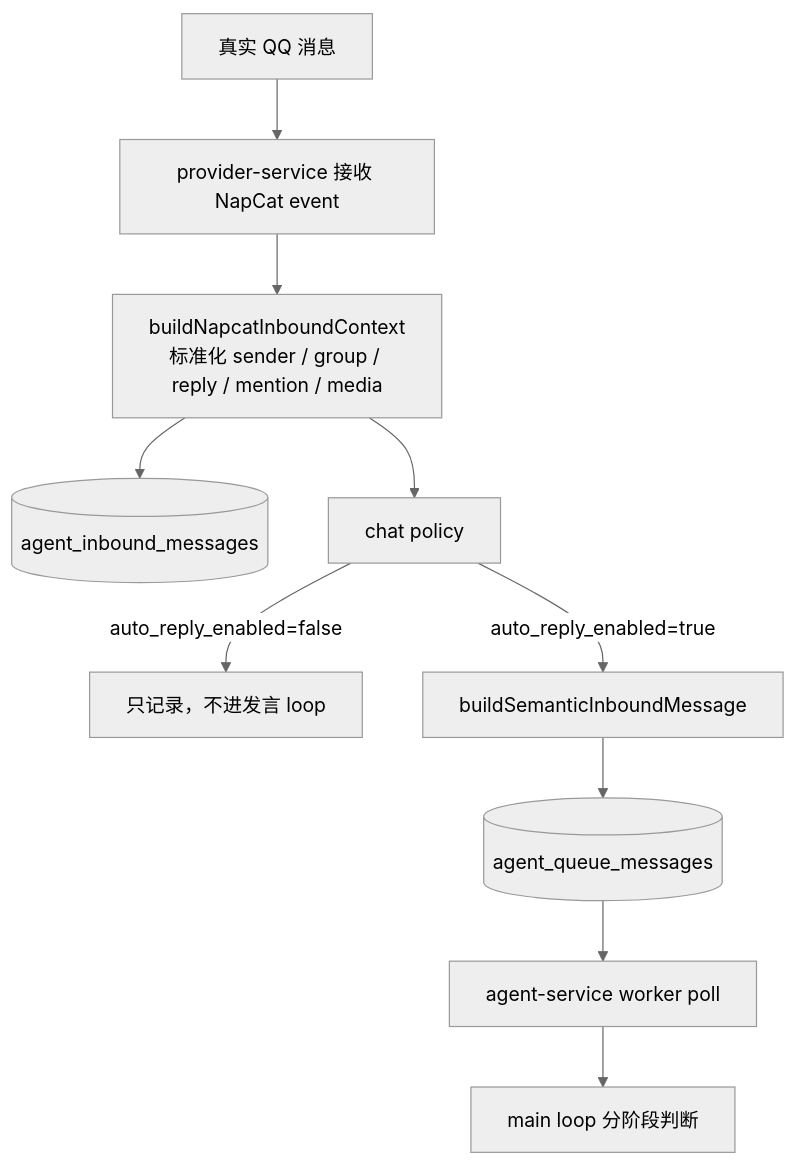
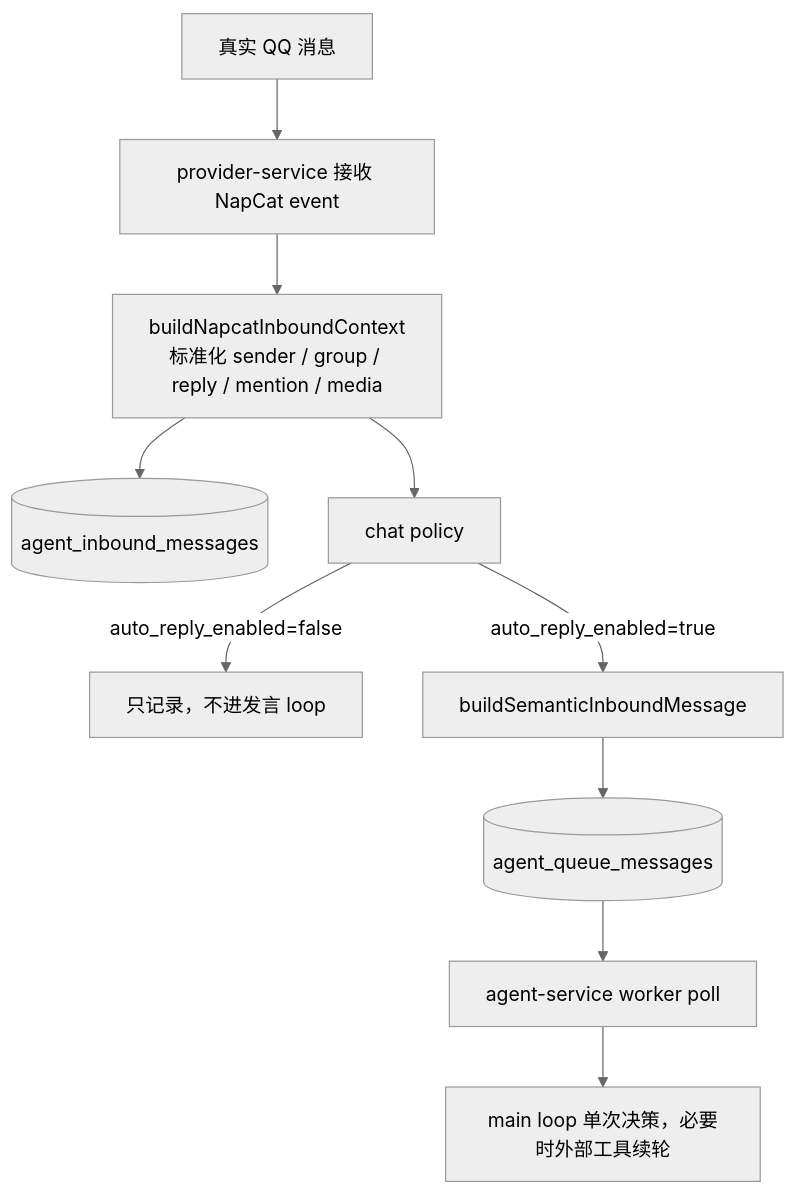
One commit to Hei-AI/xiaoni_cc changed the second of 3 diagrams in docs/XIAONI_SPEAKING_FLOW.md. Above: the diagram before and after it, drawn with Mermaid (neutral theme). The commit also changed other lines of this file and 8 other files, not shown here.

````diff
--- a/docs/XIAONI_SPEAKING_FLOW.md
+++ b/docs/XIAONI_SPEAKING_FLOW.md
@@ -55,12 +53,12 @@
 ```mermaid
 flowchart TD
   A[真实 QQ 消息] --> B[provider-service 接收 NapCat event]
   B --> C[buildNapcatInboundContext<br/>标准化 sender / group / reply / mention / media]
   C --> D[(agent_inbound_messages)]
   C --> E[chat policy]
   E -->|auto_reply_enabled=false| F[只记录，不进发言 loop]
   E -->|auto_reply_enabled=true| G[buildSemanticInboundMessage]
   G --> H[(agent_queue_messages)]
   H --> I[agent-service worker poll]
-  I --> J[main loop 分阶段判断]
+  I --> J[main loop 单次决策，必要时外部工具续轮]
 ```
````
